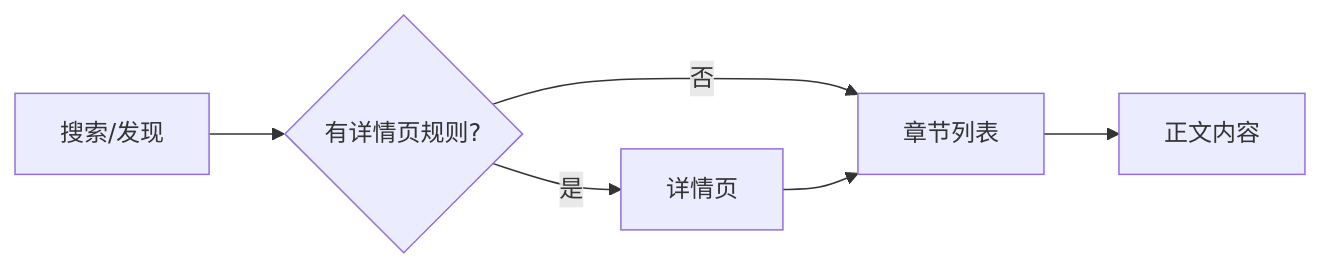
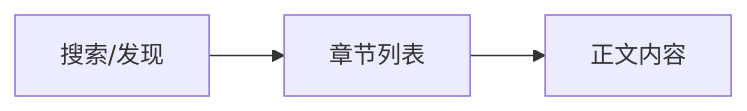
The diagram in docs/rule-guide.md (Yii-An/reader-source), drawn with Mermaid before and after one commit. The commit also changed other lines of this file and 1 other file, not shown here.

Commit message:
docs: sync rule schema and guide with implementation

````diff
--- a/docs/rule-guide.md
+++ b/docs/rule-guide.md
@@ -28,8 +28,5 @@
 ```mermaid
 flowchart LR
-    A[搜索/发现] --> B{有详情页规则?}
-    B -->|是| C[详情页]
-    B -->|否| D[章节列表]
-    C --> D
-    D --> E[正文内容]
+    A[搜索/发现] --> B[章节列表]
+    B --> C[正文内容]
 ```
````
